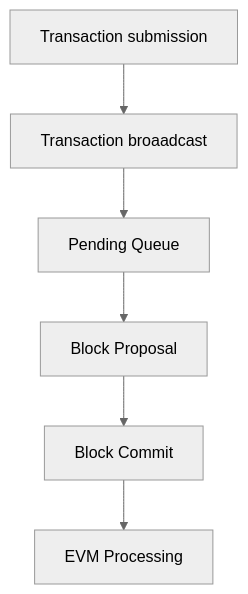
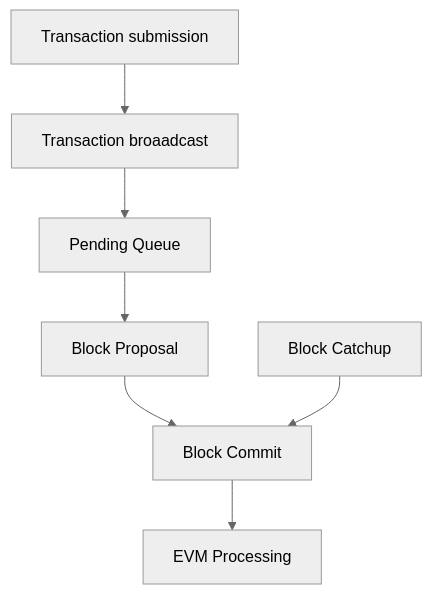
One commit to twizzworld/docs.skale.network changed the first of 2 diagrams in components/technology/modules/ROOT/pages/consensus-spec.adoc. Above: the diagram before and after it, drawn with Mermaid (neutral theme). The commit also changed other lines of this file, not shown here.

````diff
--- a/components/technology/modules/ROOT/pages/consensus-spec.adoc
+++ b/components/technology/modules/ROOT/pages/consensus-spec.adoc
@@ -21,4 +23,5 @@
 ```mermaid
 flowchart TD
     b0[Transaction submission] --> b1[Transaction broaadcast] --> b2[Pending Queue] --> b3[Block Proposal] --> b4[Block Commit] --> b5[EVM Processing]
+    b6[Block Catchup] -->b4
 ```
````
